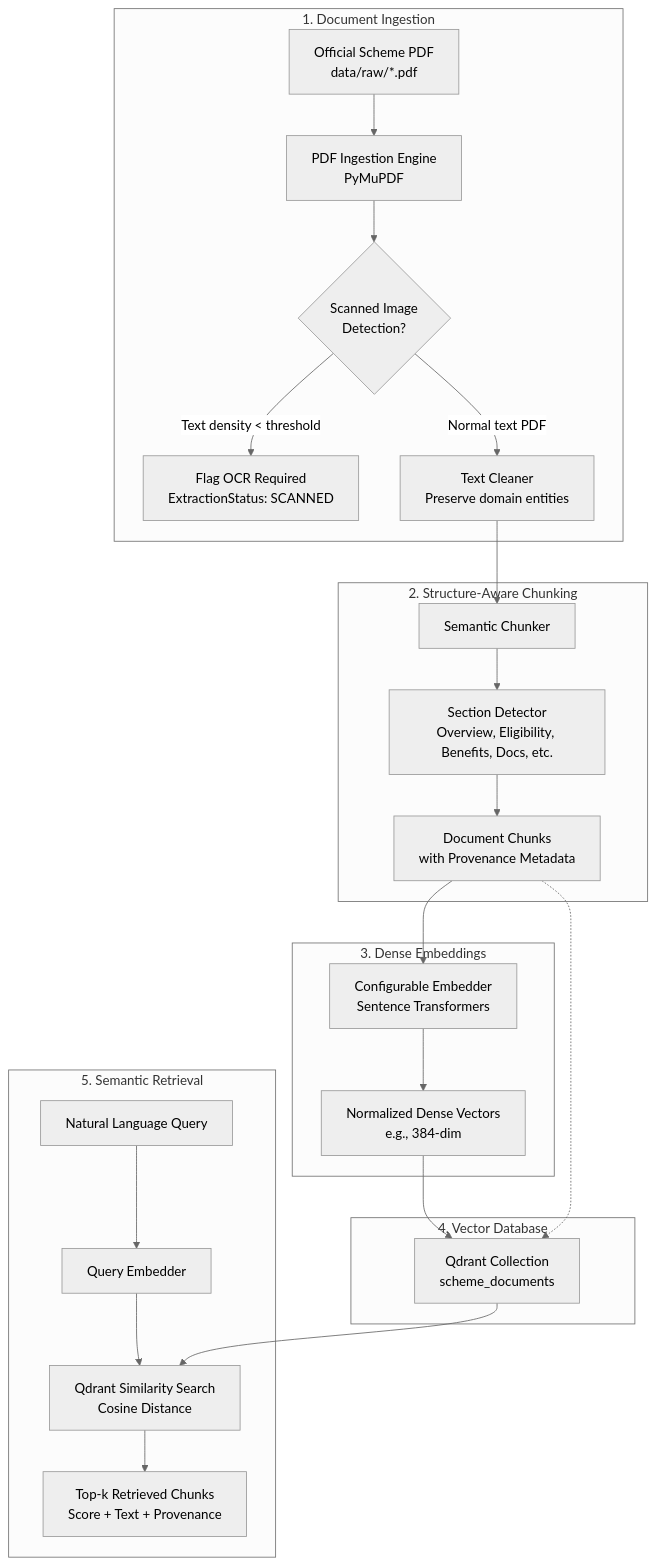
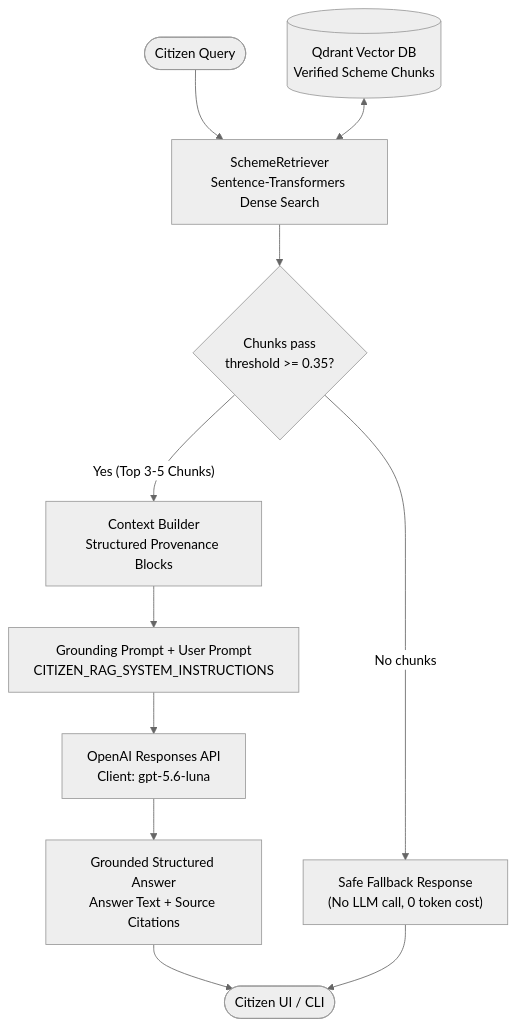
Before and after one commit to AdamalaRohithReddy/RRES: the diagram in unified-ai-agent/ai-service/README.md, drawn with Mermaid (neutral theme). The commit also changed other lines of this file and 27 other files, not shown here.

````diff
--- a/unified-ai-agent/ai-service/README.md
+++ b/unified-ai-agent/ai-service/README.md
@@ -29,32 +15,16 @@
 ```mermaid
 flowchart TD
-    subgraph Ingestion ["1. Document Ingestion"]
-        A[Official Scheme PDF\ndata/raw/*.pdf] --> B[PDF Ingestion Engine\nPyMuPDF]
-        B --> C{Scanned Image\nDetection?}
-        C -- "Text density < threshold" --> D[Flag OCR Required\nExtractionStatus: SCANNED]
-        C -- "Normal text PDF" --> E[Text Cleaner\nPreserve domain entities]
-    end
-
-    subgraph Chunking ["2. Structure-Aware Chunking"]
-        E --> F[Semantic Chunker]
-        F --> G[Section Detector\nOverview, Eligibility, Benefits, Docs, etc.]
-        G --> H[Document Chunks\nwith Provenance Metadata]
-    end
-
-    subgraph Embeddings ["3. Dense Embeddings"]
-        H --> I[Configurable Embedder\nSentence Transformers]
-        I --> J[Normalized Dense Vectors\ne.g., 384-dim]
-    end
-
-    subgraph VectorStore ["4. Vector Database"]
-        J --> K[Qdrant Collection\nscheme_documents]
-        H -.-> K
-    end
-
-    subgraph Retrieval ["5. Semantic Retrieval"]
-        L[Natural Language Query] --> M[Query Embedder]
-        M --> N[Qdrant Similarity Search\nCosine Distance]
-        K --> N
-        N --> O[Top-k Retrieved Chunks\nScore + Text + Provenance]
-    end
+    User([Citizen Query]) --> Ret[SchemeRetriever\nSentence-Transformers Dense Search]
+    Qdrant[(Qdrant Vector DB\nVerified Scheme Chunks)] <--> Ret
+    Ret --> Check{Chunks pass\nthreshold >= 0.35?}
+    
+    Check -- "No chunks" --> SafeResp["Safe Fallback Response\n(No LLM call, 0 token cost)"]
+    Check -- "Yes (Top 3-5 Chunks)" --> CB[Context Builder\nStructured Provenance Blocks]
+    
+    CB --> Prompt[Grounding Prompt + User Prompt\nCITIZEN_RAG_SYSTEM_INSTRUCTIONS]
+    Prompt --> LLM[OpenAI Responses API\nClient: gpt-5.6-luna]
+    LLM --> Answer[Grounded Structured Answer\nAnswer Text + Source Citations]
+    
+    Answer --> Output([Citizen UI / CLI])
+    SafeResp --> Output
 ```
````
